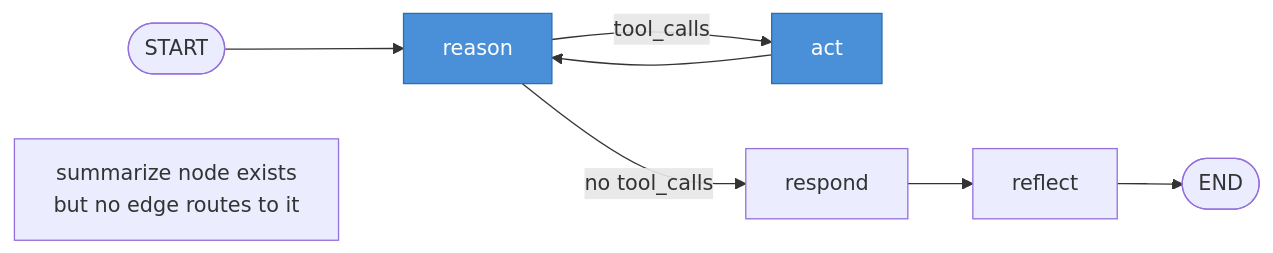
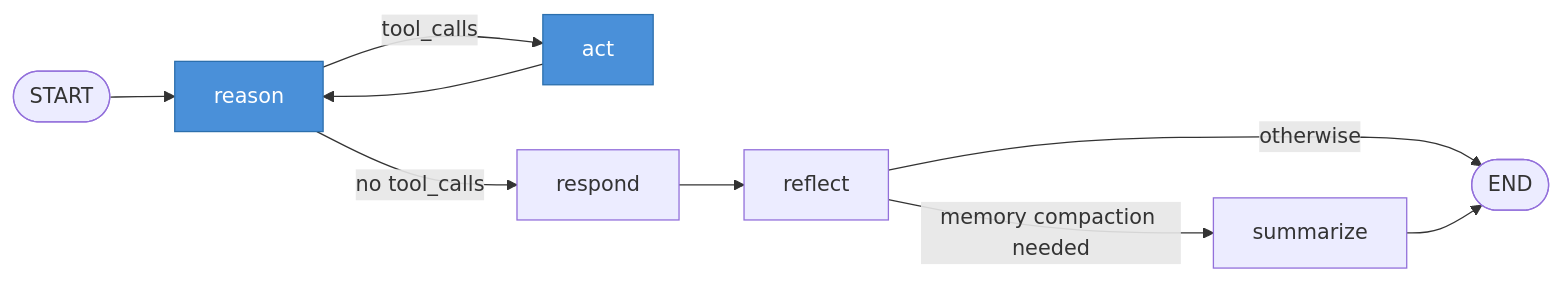
The fourth of 7 diagrams in server/ARCHITECTURE.md (Zaexv/world-of-prompcraft), drawn with Mermaid before and after one commit. The commit also changed other lines of this file and 1 other file, not shown here.

Commit message:
docs(architecture): update memory flow docs

````diff
--- a/server/ARCHITECTURE.md
+++ b/server/ARCHITECTURE.md
@@ -118,13 +119,14 @@
 ```mermaid
 flowchart LR
     START([START]) --> REASON["reason"]
     REASON -->|tool_calls| ACT["act"]
     ACT --> REASON
     REASON -->|no tool_calls| RESPOND["respond"]
     RESPOND --> REFLECT["reflect"]
-    REFLECT --> END([END])
-    SUM["summarize node exists\nbut no edge routes to it"]
+    REFLECT -->|memory compaction needed| SUM["summarize"]
+    REFLECT -->|otherwise| END([END])
+    SUM --> END
 
     style REASON fill:#4a90d9,color:#fff,stroke:#2c6fad
     style ACT fill:#4a90d9,color:#fff,stroke:#2c6fad
 ```
````
